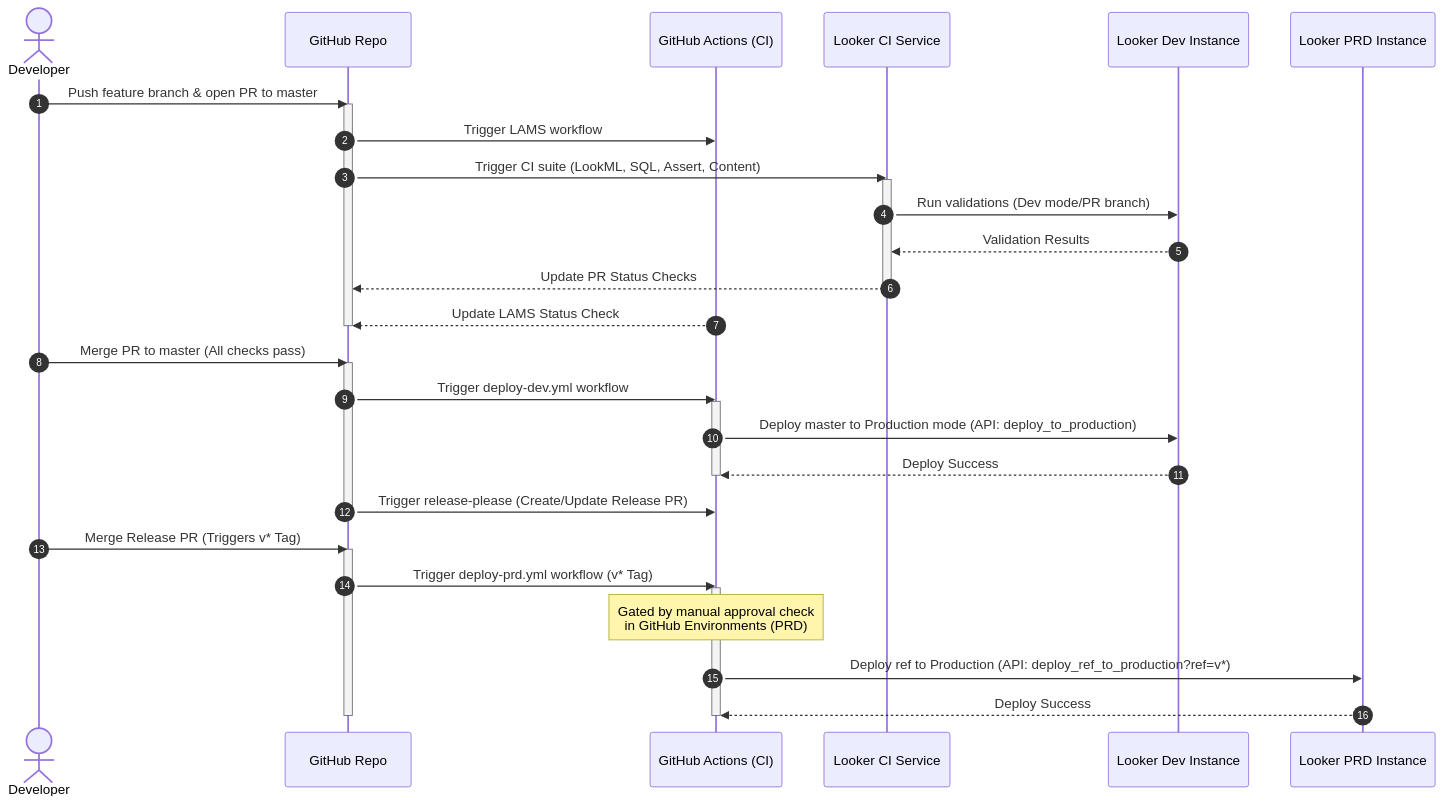
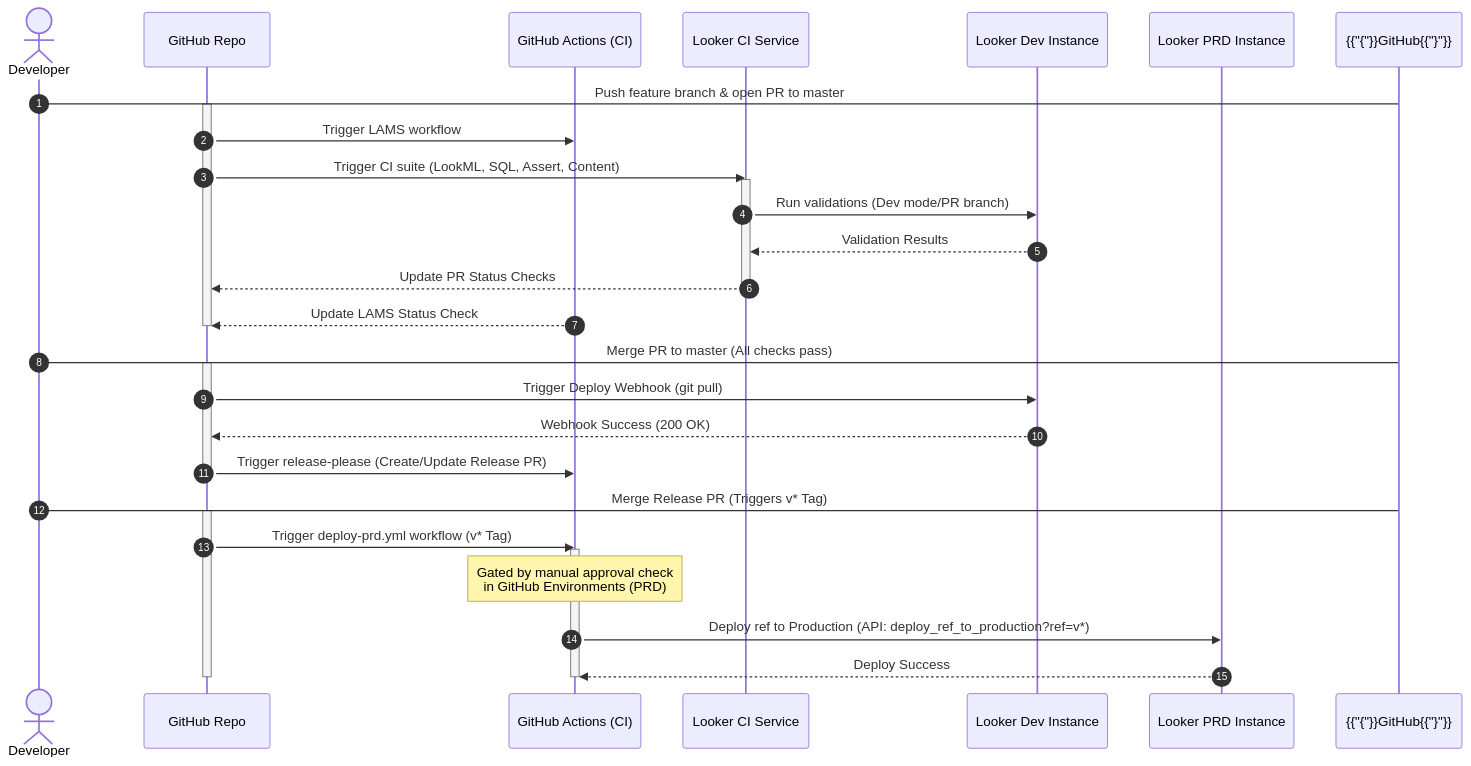
The diagram in README.md (AdamMinton/looker_cicd_sample), drawn with Mermaid before and after one commit. The commit also changed other lines of this file, not shown here.

First line of the commit message:
docs: document native push webhook and secret setup for Dev instance in README

````diff
--- a/README.md
+++ b/README.md
@@ -11,45 +11,42 @@
 ```mermaid
 sequenceDiagram
     autonumber
     actor Developer
     participant GitHub as GitHub Repo
     participant CI as GitHub Actions (CI)
     participant LookerCI as Looker CI Service
     participant LookerDev as Looker Dev Instance
     participant LookerPrd as Looker PRD Instance
 
     %% Feature branch & PR phase
-    Developer->>GitHub: Push feature branch & open PR to master
+    Developer->{{"{"}}GitHub{{"}"}}: Push feature branch & open PR to master
     activate GitHub
     GitHub->>CI: Trigger LAMS workflow
     GitHub->>LookerCI: Trigger CI suite (LookML, SQL, Assert, Content)
     activate LookerCI
     LookerCI->>LookerDev: Run validations (Dev mode/PR branch)
     LookerDev-->>LookerCI: Validation Results
     LookerCI-->>GitHub: Update PR Status Checks
     deactivate LookerCI
     CI-->>GitHub: Update LAMS Status Check
     deactivate GitHub
 
     %% Merge to master phase
-    Developer->>GitHub: Merge PR to master (All checks pass)
+    Developer->{{"{"}}GitHub{{"}"}}: Merge PR to master (All checks pass)
     activate GitHub
-    GitHub->>CI: Trigger deploy-dev.yml workflow
-    activate CI
-    CI->>LookerDev: Deploy master to Production mode (API: deploy_to_production)
-    LookerDev-->>CI: Deploy Success
-    deactivate CI
+    GitHub->>LookerDev: Trigger Deploy Webhook (git pull)
+    LookerDev-->>GitHub: Webhook Success (200 OK)
     GitHub->>CI: Trigger release-please (Create/Update Release PR)
     deactivate GitHub
 
     %% Merge Release PR (Tag deploy) phase
-    Developer->>GitHub: Merge Release PR (Triggers v* Tag)
+    Developer->{{"{"}}GitHub{{"}"}}: Merge Release PR (Triggers v* Tag)
     activate GitHub
     GitHub->>CI: Trigger deploy-prd.yml workflow (v* Tag)
     activate CI
     Note over CI: Gated by manual approval check<br/>in GitHub Environments (PRD)
     CI->>LookerPrd: Deploy ref to Production (API: deploy_ref_to_production?ref=v*)
     LookerPrd-->>CI: Deploy Success
     deactivate CI
     deactivate GitHub
 ```
````
